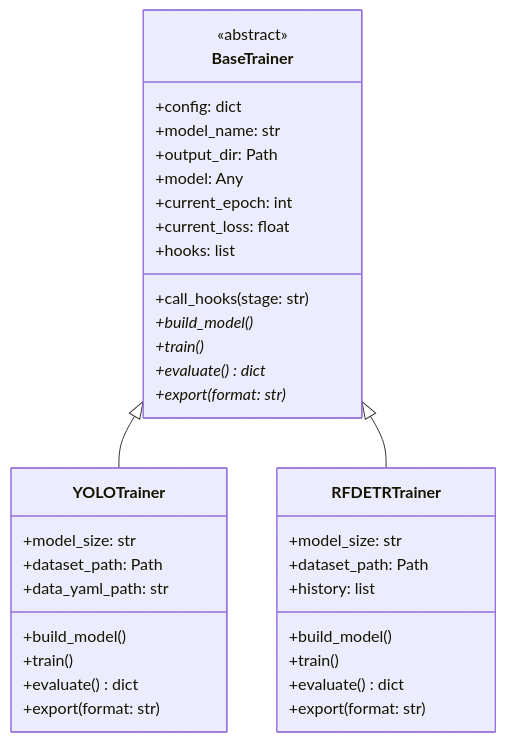
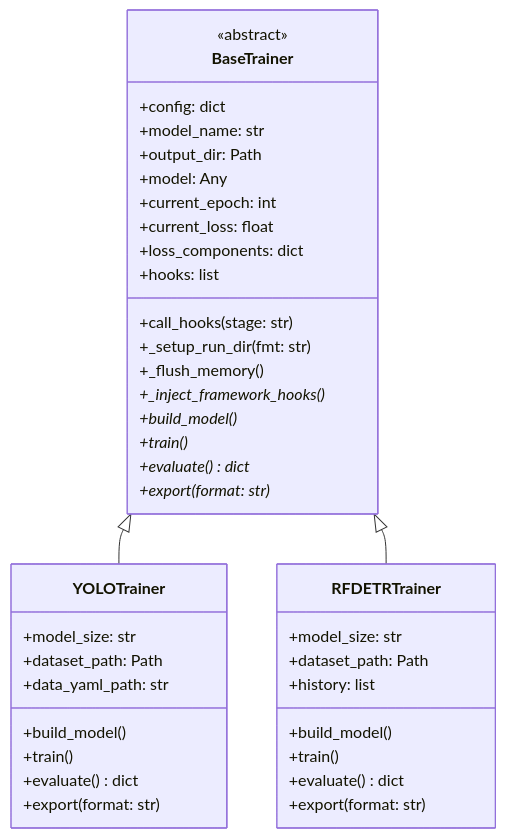
Before and after one commit to waledroid/IsiDetector: the diagram in docs/architecture/base-trainer.md, drawn with Mermaid. The commit also changed other lines of this file and 33 other files, not shown here.

````diff
--- a/docs/architecture/base-trainer.md
+++ b/docs/architecture/base-trainer.md
@@ -11,41 +11,45 @@
 ```mermaid
 classDiagram
     class BaseTrainer {
         <<abstract>>
         +config: dict
         +model_name: str
         +output_dir: Path
         +model: Any
         +current_epoch: int
         +current_loss: float
+        +loss_components: dict
         +hooks: list
         +call_hooks(stage: str)
+        +_setup_run_dir(fmt: str)
+        +_flush_memory()
+        +_inject_framework_hooks()*
         +build_model()*
         +train()*
         +evaluate()* dict
         +export(format: str)*
     }
 
     class YOLOTrainer {
         +model_size: str
         +dataset_path: Path
         +data_yaml_path: str
         +build_model()
         +train()
         +evaluate() dict
         +export(format: str)
     }
 
     class RFDETRTrainer {
         +model_size: str
         +dataset_path: Path
         +history: list
         +build_model()
         +train()
         +evaluate() dict
         +export(format: str)
     }
 
     BaseTrainer <|-- YOLOTrainer
     BaseTrainer <|-- RFDETRTrainer
 ```
````
